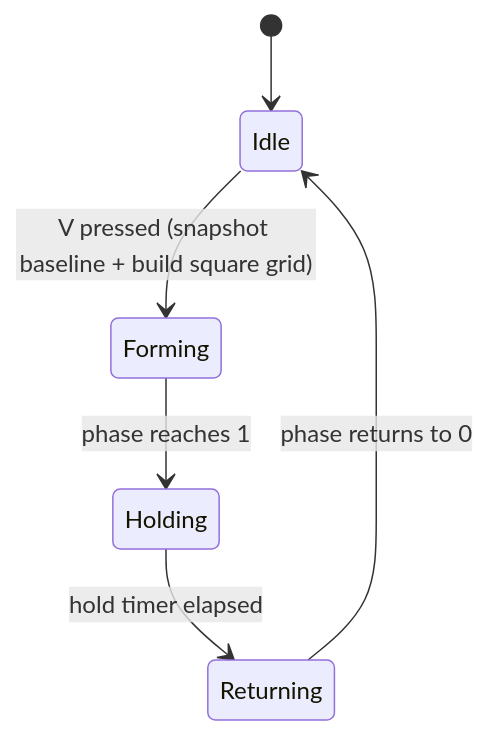
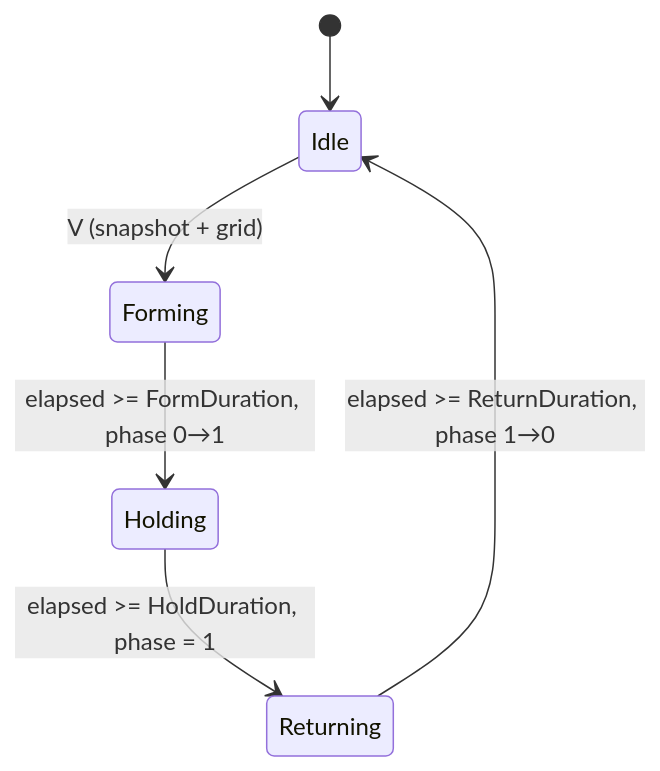
Before and after one commit to vecnode/metaagent-ue5-plugin: the third of 3 diagrams in README.md, drawn with Mermaid. The commit also changed other lines of this file, not shown here.

````diff
--- a/README.md
+++ b/README.md
@@ -293,8 +297,9 @@
 ```mermaid
 stateDiagram-v2
     [*] --> Idle
-    Idle --> Forming: V pressed (snapshot baseline + build square grid)
-    Forming --> Holding: phase reaches 1
-    Holding --> Returning: hold timer elapsed
-    Returning --> Idle: phase returns to 0
+    Idle --> Forming: V (snapshot + grid)
+    Forming --> Holding: elapsed >= FormDuration, phase 0→1
+    Holding --> Returning: elapsed >= HoldDuration, phase = 1
+    Returning --> Idle: elapsed >= ReturnDuration, phase 1→0
+
 ```
````
